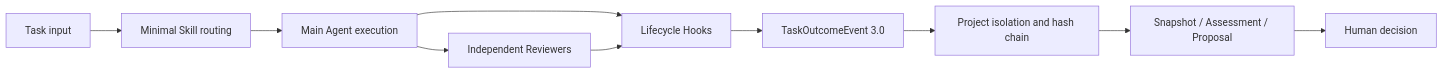
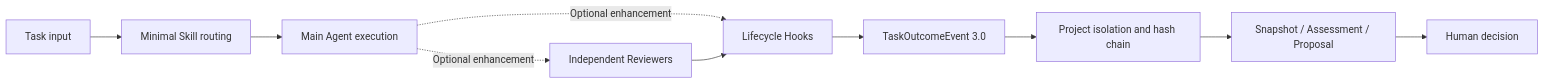
The diagram in README.en.md (JimmyVGDY/codex-long-term-assistant-skills), drawn with Mermaid before and after one commit. The commit also changed other lines of this file and 62 other files, not shown here.

````diff
--- a/README.en.md
+++ b/README.en.md
@@ -82,12 +82,12 @@
 ```mermaid
 flowchart LR
     A[Task input] --> B[Minimal Skill routing]
     B --> C[Main Agent execution]
-    C --> D[Independent Reviewers]
-    C --> E[Lifecycle Hooks]
+    C -. Optional enhancement .-> D[Independent Reviewers]
+    C -. Optional enhancement .-> E[Lifecycle Hooks]
     D --> E
     E --> F[TaskOutcomeEvent 3.0]
     F --> G[Project isolation and hash chain]
     G --> H[Snapshot / Assessment / Proposal]
     H --> I[Human decision]
 ```
````
